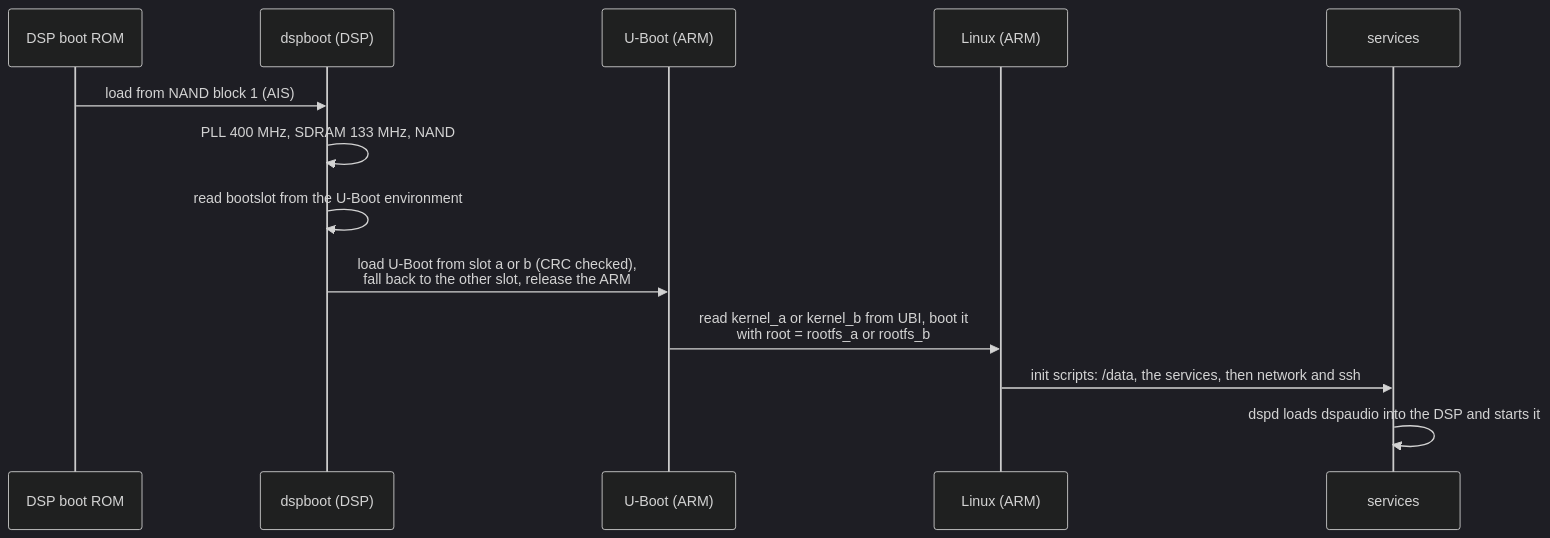
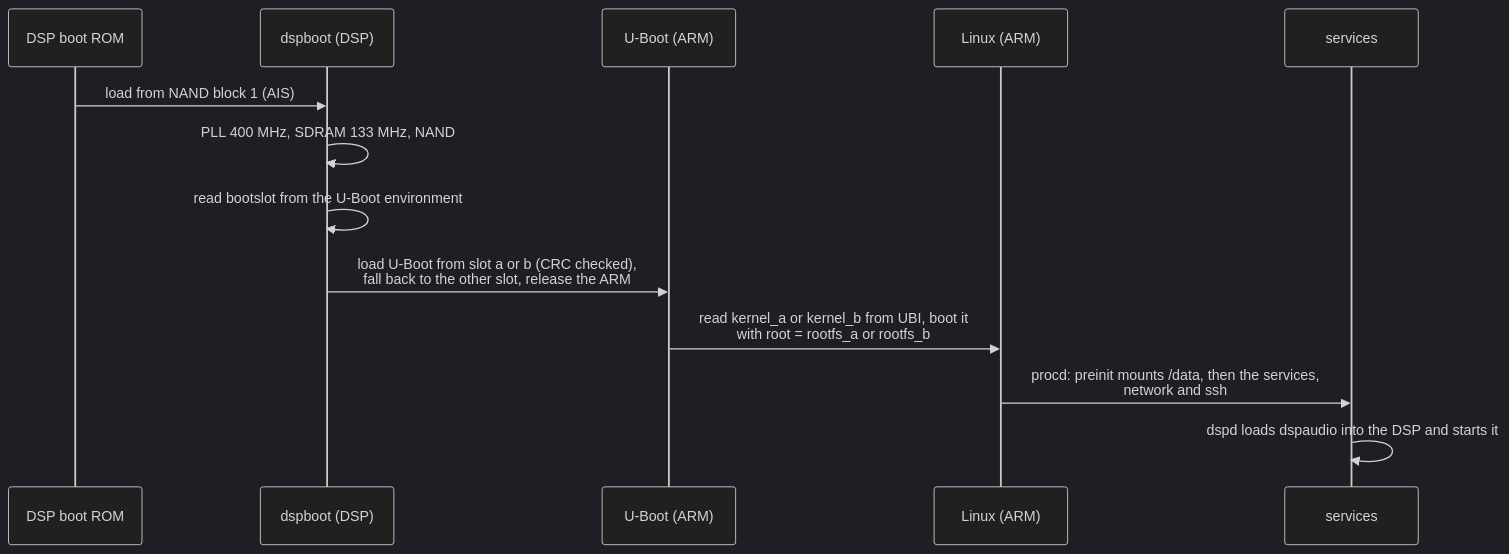
Before and after one commit to ubis/OSIRIS: the second of 5 diagrams in docs/architecture.md, drawn with Mermaid (dark theme). The commit also changed other lines of this file and 54 other files, not shown here.

````diff
--- a/docs/architecture.md
+++ b/docs/architecture.md
@@ -56,16 +56,16 @@
 ```mermaid
 sequenceDiagram
     participant ROM as DSP boot ROM
     participant DB as dspboot (DSP)
     participant UB as U-Boot (ARM)
     participant K as Linux (ARM)
     participant S as services
 
     ROM->>DB: load from NAND block 1 (AIS)
     DB->>DB: PLL 400 MHz, SDRAM 133 MHz, NAND
     DB->>DB: read bootslot from the U-Boot environment
     DB->>UB: load U-Boot from slot a or b (CRC checked),<br/>fall back to the other slot, release the ARM
     UB->>K: read kernel_a or kernel_b from UBI, boot it<br/>with root = rootfs_a or rootfs_b
-    K->>S: init scripts: /data, the services, then network and ssh
+    K->>S: procd: preinit mounts /data, then the services,<br/>network and ssh
     S->>S: dspd loads dspaudio into the DSP and starts it
 ```
````
